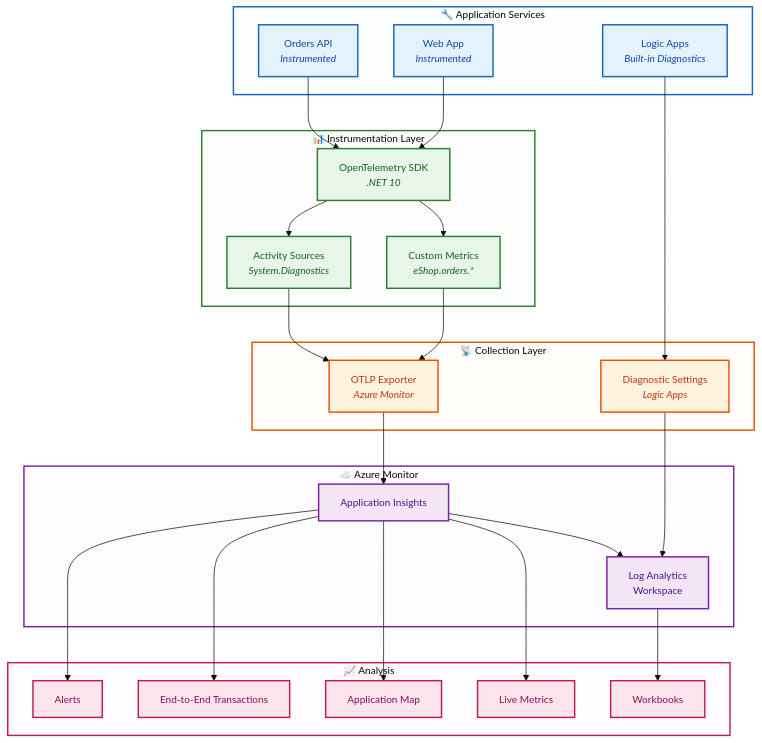
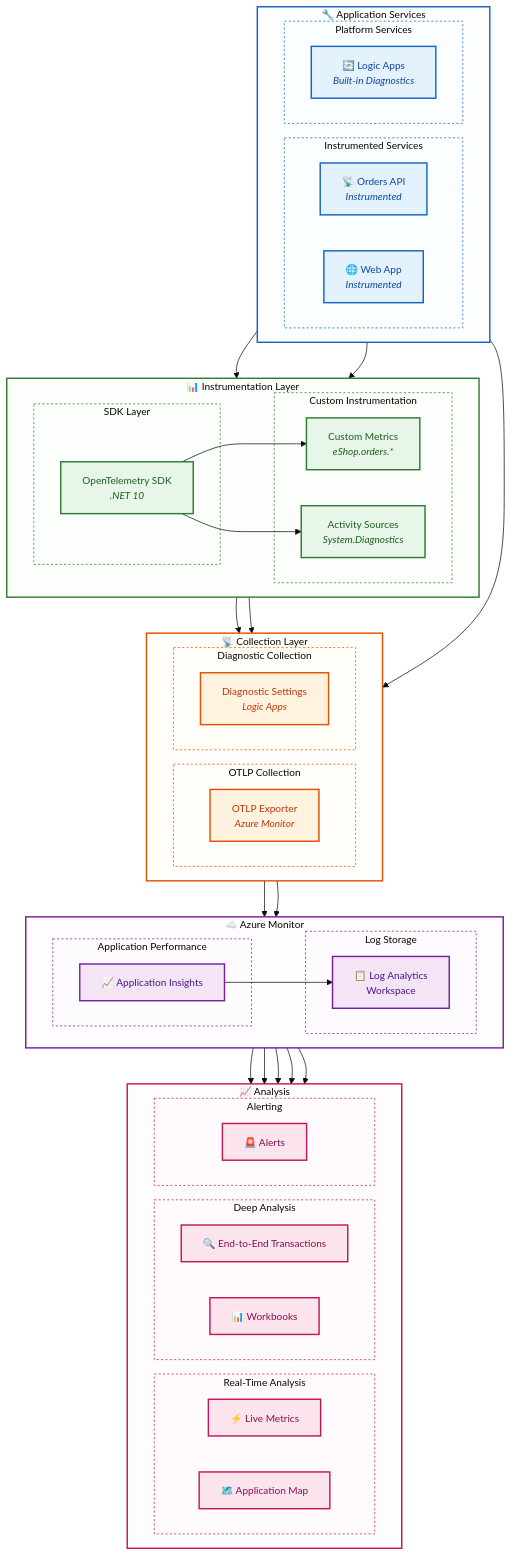
Before and after one commit to Evilazaro/Azure-LogicApps-Monitoring: the first of 2 diagrams in docs/architecture/05-observability-architecture.md, drawn with Mermaid.

Commit message:
Refactor observability architecture diagram with improved subgraph organization and styling for enhanced clarity and visual grouping

````diff
--- a/docs/architecture/05-observability-architecture.md
+++ b/docs/architecture/05-observability-architecture.md
@@ -24,33 +24,60 @@
 %%{init: {'theme': 'base', 'themeVariables': { 'fontSize': '14px'}}}%%
 flowchart TB
     subgraph Services["🔧 Application Services"]
-        API["Orders API<br/><i>Instrumented</i>"]
-        Web["Web App<br/><i>Instrumented</i>"]
-        LA["Logic Apps<br/><i>Built-in Diagnostics</i>"]
+        direction LR
+        subgraph InstrumentedServices["Instrumented Services"]
+            API["📡 Orders API<br/><i>Instrumented</i>"]
+            Web["🌐 Web App<br/><i>Instrumented</i>"]
+        end
+        subgraph PlatformServices["Platform Services"]
+            LA["🔄 Logic Apps<br/><i>Built-in Diagnostics</i>"]
+        end
     end
 
     subgraph Instrumentation["📊 Instrumentation Layer"]
-        OTEL["OpenTelemetry SDK<br/><i>.NET 10</i>"]
-        Custom["Custom Metrics<br/><i>eShop.orders.*</i>"]
-        Activity["Activity Sources<br/><i>System.Diagnostics</i>"]
+        direction LR
+        subgraph SDKLayer["SDK Layer"]
+            OTEL["OpenTelemetry SDK<br/><i>.NET 10</i>"]
+        end
+        subgraph CustomInstrumentation["Custom Instrumentation"]
+            Custom["Custom Metrics<br/><i>eShop.orders.*</i>"]
+            Activity["Activity Sources<br/><i>System.Diagnostics</i>"]
+        end
     end
 
     subgraph Collection["📡 Collection Layer"]
-        OTLP["OTLP Exporter<br/><i>Azure Monitor</i>"]
-        Diag["Diagnostic Settings<br/><i>Logic Apps</i>"]
+        direction LR
+        subgraph OTLPCollection["OTLP Collection"]
+            OTLP["OTLP Exporter<br/><i>Azure Monitor</i>"]
+        end
+        subgraph DiagnosticCollection["Diagnostic Collection"]
+            Diag["Diagnostic Settings<br/><i>Logic Apps</i>"]
+        end
     end
 
     subgraph Backend["☁️ Azure Monitor"]
-        AI["Application Insights"]
-        LAW["Log Analytics<br/>Workspace"]
+        direction LR
+        subgraph APM["Application Performance"]
+            AI["📈 Application Insights"]
+        end
+        subgraph LogStorage["Log Storage"]
+            LAW["📋 Log Analytics<br/>Workspace"]
+        end
     end
 
     subgraph Analysis["📈 Analysis"]
-        LiveMetrics["Live Metrics"]
-        AppMap["Application Map"]
-        E2E["End-to-End Transactions"]
-        Workbooks["Workbooks"]
-        Alerts["Alerts"]
+        direction LR
+        subgraph RealTime["Real-Time Analysis"]
+            LiveMetrics["⚡ Live Metrics"]
+            AppMap["🗺️ Application Map"]
+        end
+        subgraph DeepAnalysis["Deep Analysis"]
+            E2E["🔍 End-to-End Transactions"]
+            Workbooks["📊 Workbooks"]
+        end
+        subgraph Alerting["Alerting"]
+            Alerts["🚨 Alerts"]
+        end
     end
 
     %% Instrumentation flow
@@ -95,4 +122,15 @@
     style Collection fill:#fff3e022,stroke:#e65100,stroke-width:2px
     style Backend fill:#f3e5f522,stroke:#7b1fa2,stroke-width:2px
     style Analysis fill:#fce4ec22,stroke:#c2185b,stroke-width:2px
+    style InstrumentedServices fill:#e3f2fd11,stroke:#1565c0,stroke-width:1px,stroke-dasharray:3
+    style PlatformServices fill:#e3f2fd11,stroke:#1565c0,stroke-width:1px,stroke-dasharray:3
+    style SDKLayer fill:#e8f5e911,stroke:#2e7d32,stroke-width:1px,stroke-dasharray:3
+    style CustomInstrumentation fill:#e8f5e911,stroke:#2e7d32,stroke-width:1px,stroke-dasharray:3
+    style OTLPCollection fill:#fff3e011,stroke:#e65100,stroke-width:1px,stroke-dasharray:3
+    style DiagnosticCollection fill:#fff3e011,stroke:#e65100,stroke-width:1px,stroke-dasharray:3
+    style APM fill:#f3e5f511,stroke:#7b1fa2,stroke-width:1px,stroke-dasharray:3
+    style LogStorage fill:#f3e5f511,stroke:#7b1fa2,stroke-width:1px,stroke-dasharray:3
+    style RealTime fill:#fce4ec11,stroke:#c2185b,stroke-width:1px,stroke-dasharray:3
+    style DeepAnalysis fill:#fce4ec11,stroke:#c2185b,stroke-width:1px,stroke-dasharray:3
+    style Alerting fill:#fce4ec11,stroke:#c2185b,stroke-width:1px,stroke-dasharray:3
 ```
````
